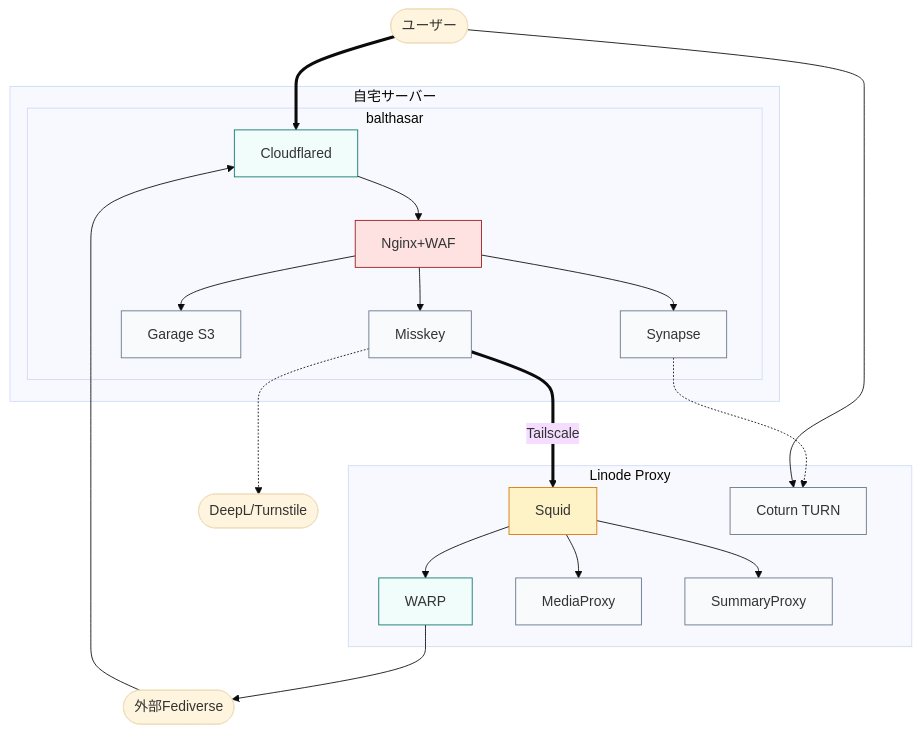
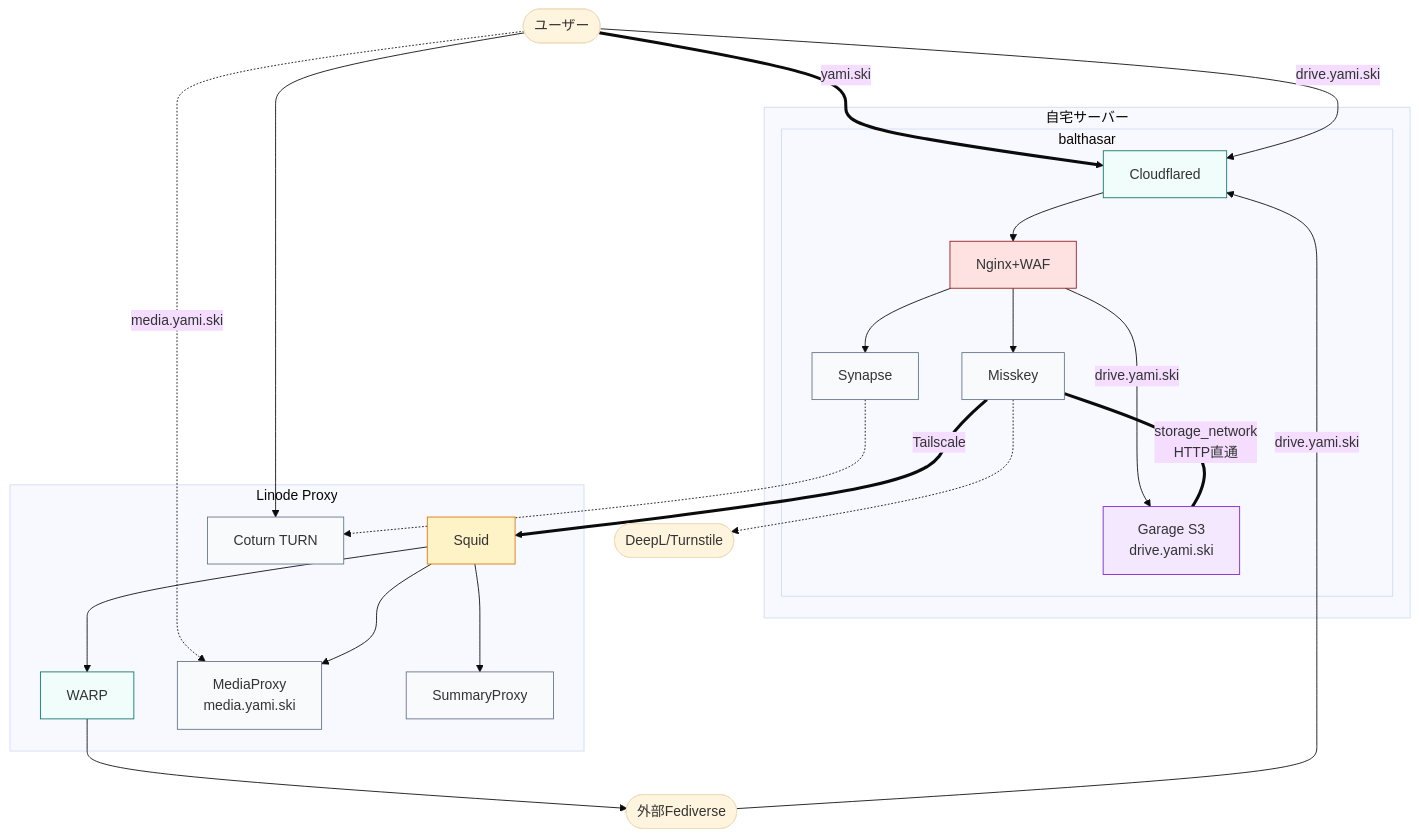
One commit to yamisskey-dev/yamisskey-host changed the sixth of 6 diagrams in README.md. Above: the diagram before and after it, drawn with Mermaid (base theme).

Commit message:
docs: add image upload/display traffic flow to network diagram
画像の経路を明確化:
- アップロード: Misskey → storage_network (HTTP直通) → Garage
- 表示: ユーザー/連合 → Cloudflare → nginx → Garage (drive.yami.ski)
- リモート画像: ユーザー → MediaProxy (media.yami.ski)

````diff
--- a/README.md
+++ b/README.md
@@ -205,44 +205,55 @@
 ```mermaid
 graph TB
     classDef cf fill:#f0fdfa,stroke:#0f766e
     classDef ts fill:#fef3c7,stroke:#d97706
     classDef sec fill:#fee2e2,stroke:#991b1b
     classDef svc fill:#f8fafc,stroke:#64748b
+    classDef storage fill:#f3e8ff,stroke:#7e22ce
 
     users([ユーザー])
     federation([外部Fediverse])
     bypass([DeepL/Turnstile])
 
     subgraph linode[Linode Proxy]
         squid[Squid]:::ts
         warp[WARP]:::cf
-        mediaproxy[MediaProxy]:::svc
+        mediaproxy[MediaProxy<br/>media.yami.ski]:::svc
         summaryproxy[SummaryProxy]:::svc
         coturn[Coturn TURN]:::svc
     end
 
     subgraph home[自宅サーバー]
         subgraph balthasar[balthasar]
             cf_b[Cloudflared]:::cf
             nginx[Nginx+WAF]:::sec
             misskey[Misskey]:::svc
-            garage[Garage S3]:::svc
+            garage[Garage S3<br/>drive.yami.ski]:::storage
             synapse[Synapse]:::svc
         end
     end
 
-    %% ユーザーアクセス
-    users ==> cf_b --> nginx --> misskey & garage & synapse
-    federation --> cf_b
+    %% ユーザーアクセス (yami.ski)
+    users ==>|yami.ski| cf_b --> nginx --> misskey & synapse
 
-    %% 外部通信（Squid経由）
+    %% 画像表示 (drive.yami.ski) - ユーザー/連合がブラウザで画像取得
+    users -->|drive.yami.ski| cf_b
+    federation -->|drive.yami.ski| cf_b
+    nginx -->|drive.yami.ski| garage
+
+    %% 画像アップロード - Docker内部HTTP (storage_network)
+    misskey ===|storage_network<br/>HTTP直通| garage
+
+    %% リモート画像プロキシ (media.yami.ski)
+    users -.->|media.yami.ski| mediaproxy
+
+    %% 連合通信（Squid経由）
     misskey ==>|Tailscale| squid --> warp --> federation
     squid --> mediaproxy & summaryproxy
 
     %% VoIP
     synapse -.-> coturn
     users --> coturn
 
     %% バイパス
     misskey -.-> bypass
 ```
````
